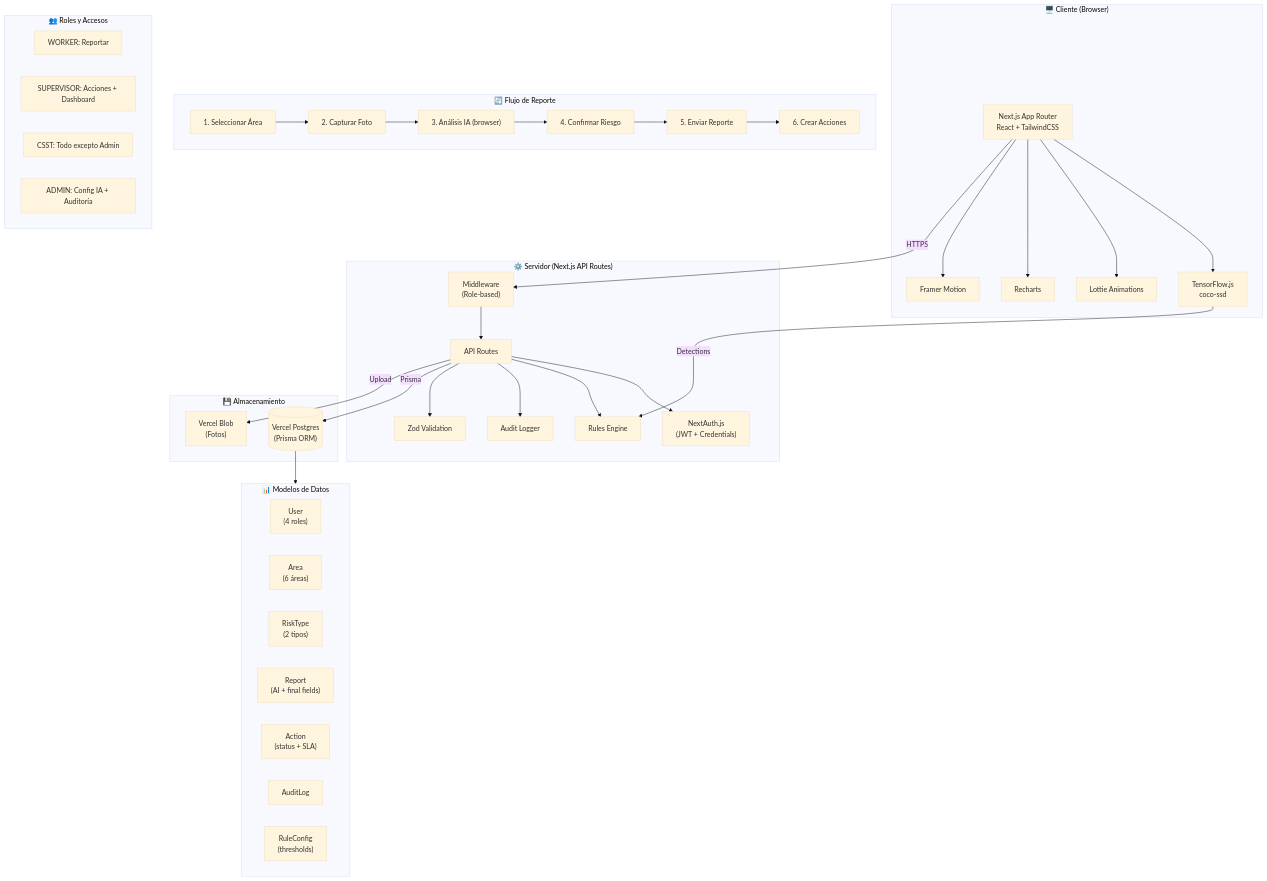
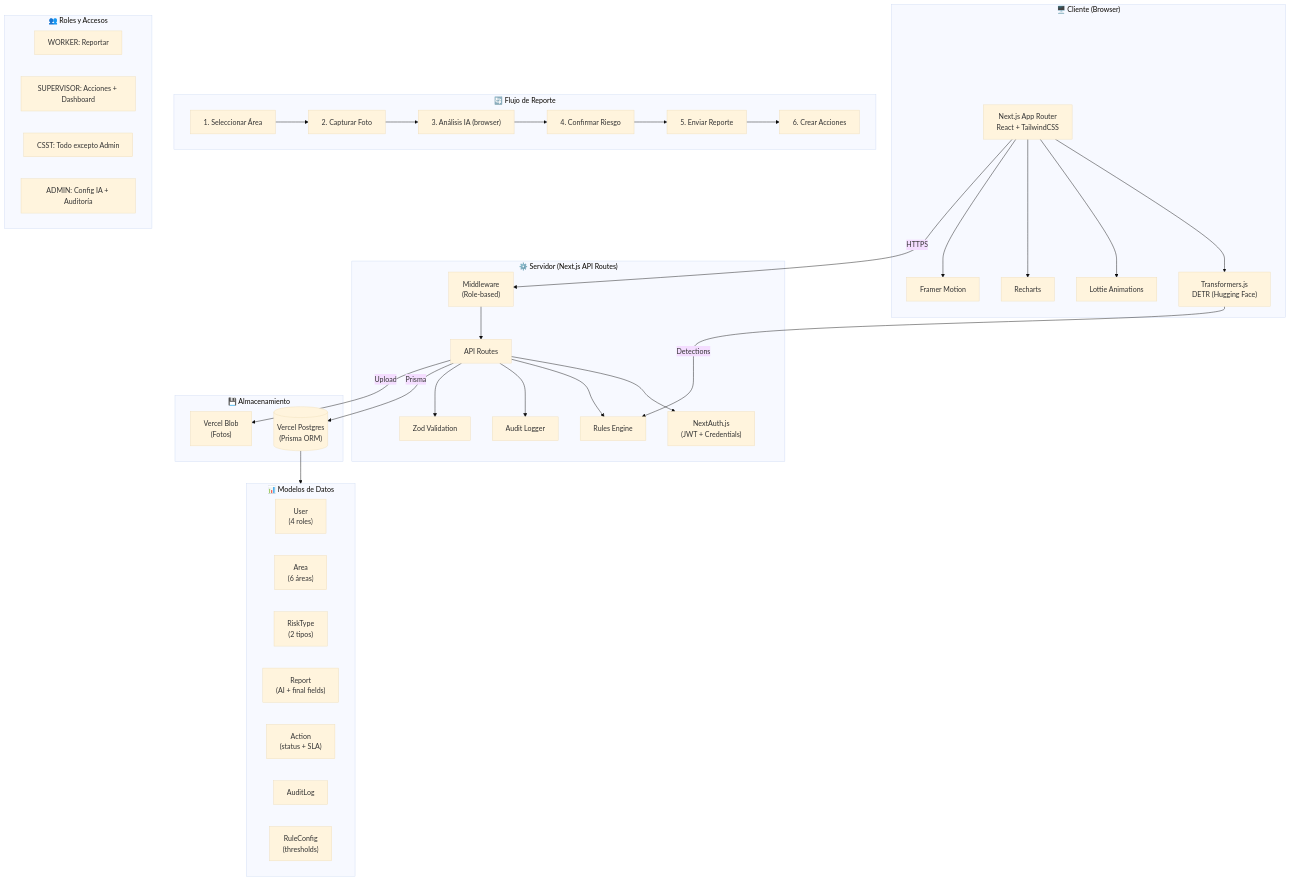
One commit to Cornelius1807/Horizonte-Vision changed the diagram in docs/architecture.mmd. Above: the diagram before and after it, drawn with Mermaid (base theme). The commit also changed 7 other files, not shown here.

```diff
--- a/docs/architecture.mmd
+++ b/docs/architecture.mmd
@@ -1,68 +1,68 @@
 graph TB
     subgraph Cliente["🖥️ Cliente (Browser)"]
         UI["Next.js App Router<br/>React + TailwindCSS"]
-        TFJS["TensorFlow.js<br/>coco-ssd"]
+        TFJS["Transformers.js<br/>DETR (Hugging Face)"]
         Lottie["Lottie Animations"]
         Charts["Recharts"]
         FM["Framer Motion"]
 
         UI --> TFJS
         UI --> Lottie
         UI --> Charts
         UI --> FM
     end
 
     subgraph Servidor["⚙️ Servidor (Next.js API Routes)"]
         Auth["NextAuth.js<br/>(JWT + Credentials)"]
         MW["Middleware<br/>(Role-based)"]
         API["API Routes"]
         Rules["Rules Engine"]
         Audit["Audit Logger"]
         Val["Zod Validation"]
 
         MW --> API
         API --> Auth
         API --> Rules
         API --> Audit
         API --> Val
     end
 
     subgraph Datos["💾 Almacenamiento"]
         DB[("Vercel Postgres<br/>(Prisma ORM)")]
         Blob["Vercel Blob<br/>(Fotos)"]
     end
 
     subgraph Modelos["📊 Modelos de Datos"]
         User["User<br/>(4 roles)"]
         Area["Area<br/>(6 áreas)"]
         RiskType["RiskType<br/>(2 tipos)"]
         Report["Report<br/>(AI + final fields)"]
         Action["Action<br/>(status + SLA)"]
         AuditLog["AuditLog"]
         RuleConfig["RuleConfig<br/>(thresholds)"]
     end
 
     UI -- "HTTPS" --> MW
     API -- "Prisma" --> DB
     API -- "Upload" --> Blob
     TFJS -- "Detections" --> Rules
 
     DB --> Modelos
 
     subgraph Flujo["🔄 Flujo de Reporte"]
         F1["1. Seleccionar Área"]
         F2["2. Capturar Foto"]
         F3["3. Análisis IA (browser)"]
         F4["4. Confirmar Riesgo"]
         F5["5. Enviar Reporte"]
         F6["6. Crear Acciones"]
 
         F1 --> F2 --> F3 --> F4 --> F5 --> F6
     end
 
     subgraph Roles["👥 Roles y Accesos"]
         R1["WORKER: Reportar"]
         R2["SUPERVISOR: Acciones + Dashboard"]
         R3["CSST: Todo excepto Admin"]
         R4["ADMIN: Config IA + Auditoría"]
     end
```
